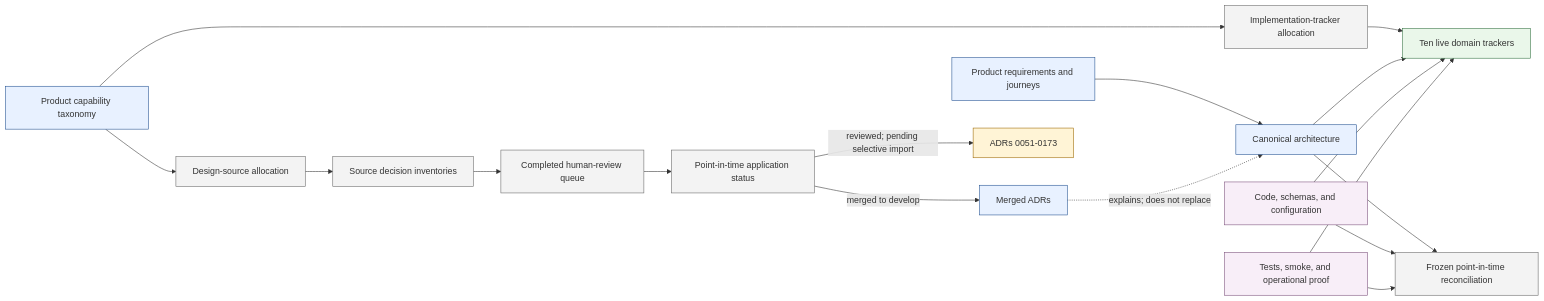
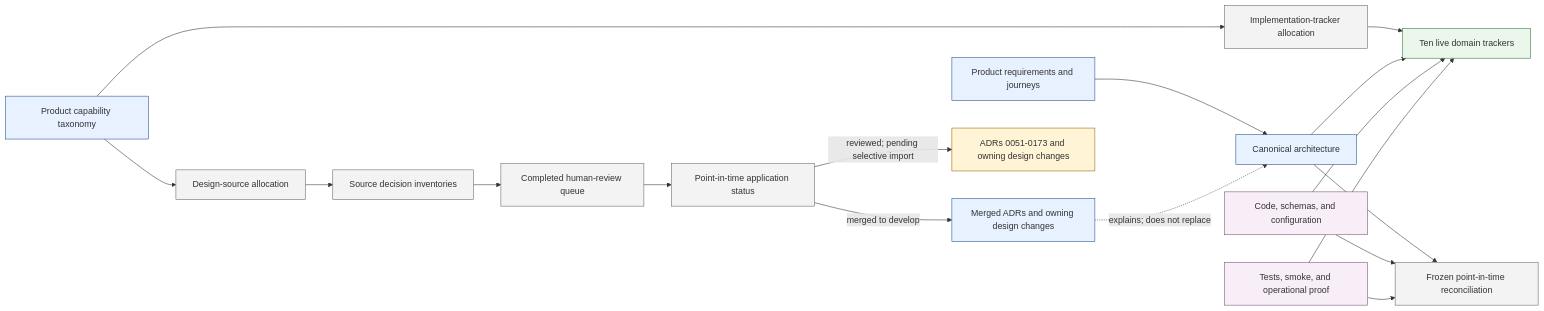
One commit to benhook1013/FireMUD changed the diagram in design/project-management/design-alignment/README.md. Above: the diagram before and after it, drawn with Mermaid. The commit also changed other lines of this file and 4 other files, not shown here.

````diff
--- a/design/project-management/design-alignment/README.md
+++ b/design/project-management/design-alignment/README.md
@@ -27,27 +27,27 @@
 ```mermaid
 flowchart LR
     PRODUCT[Product requirements and journeys]:::canonical --> ARCH[Canonical architecture]:::canonical
     TAXONOMY[Product capability taxonomy]:::canonical --> DESIGN_ALLOC[Design-source allocation]:::alignment
     DESIGN_ALLOC --> SOURCE_INV[Source decision inventories]:::alignment
     SOURCE_INV --> HUMAN_QUEUE[Completed human-review queue]:::alignment
     HUMAN_QUEUE --> APPLY[Point-in-time application status]:::alignment
-    APPLY -->|merged to develop| ADRS[Merged ADRs]:::canonical
+    APPLY -->|merged to develop| ADRS[Merged ADRs and owning design changes]:::canonical
     ADRS -. explains; does not replace .-> ARCH
-    APPLY -->|reviewed; pending selective import| PENDING[ADRs 0051-0173]:::pending
+    APPLY -->|reviewed; pending selective import| PENDING[ADRs 0051-0173 and owning design changes]:::pending
 
     TAXONOMY --> TRACKER_ALLOC[Implementation-tracker allocation]:::alignment
     TRACKER_ALLOC --> TRACKERS[Ten live domain trackers]:::status
     ARCH --> TRACKERS
     CODE[Code, schemas, and configuration]:::evidence --> TRACKERS
     PROOF[Tests, smoke, and operational proof]:::evidence --> TRACKERS
 
     ARCH --> RECON[Frozen point-in-time reconciliation]:::alignment
     CODE --> RECON
     PROOF --> RECON
 
     classDef canonical fill:#e8f1ff,stroke:#1f4f8f
     classDef alignment fill:#f3f3f3,stroke:#666
     classDef pending fill:#fff4d6,stroke:#9a6700
     classDef status fill:#eaf7ea,stroke:#2f6f3e
     classDef evidence fill:#f8eef8,stroke:#7a4e7a
 ```
````
